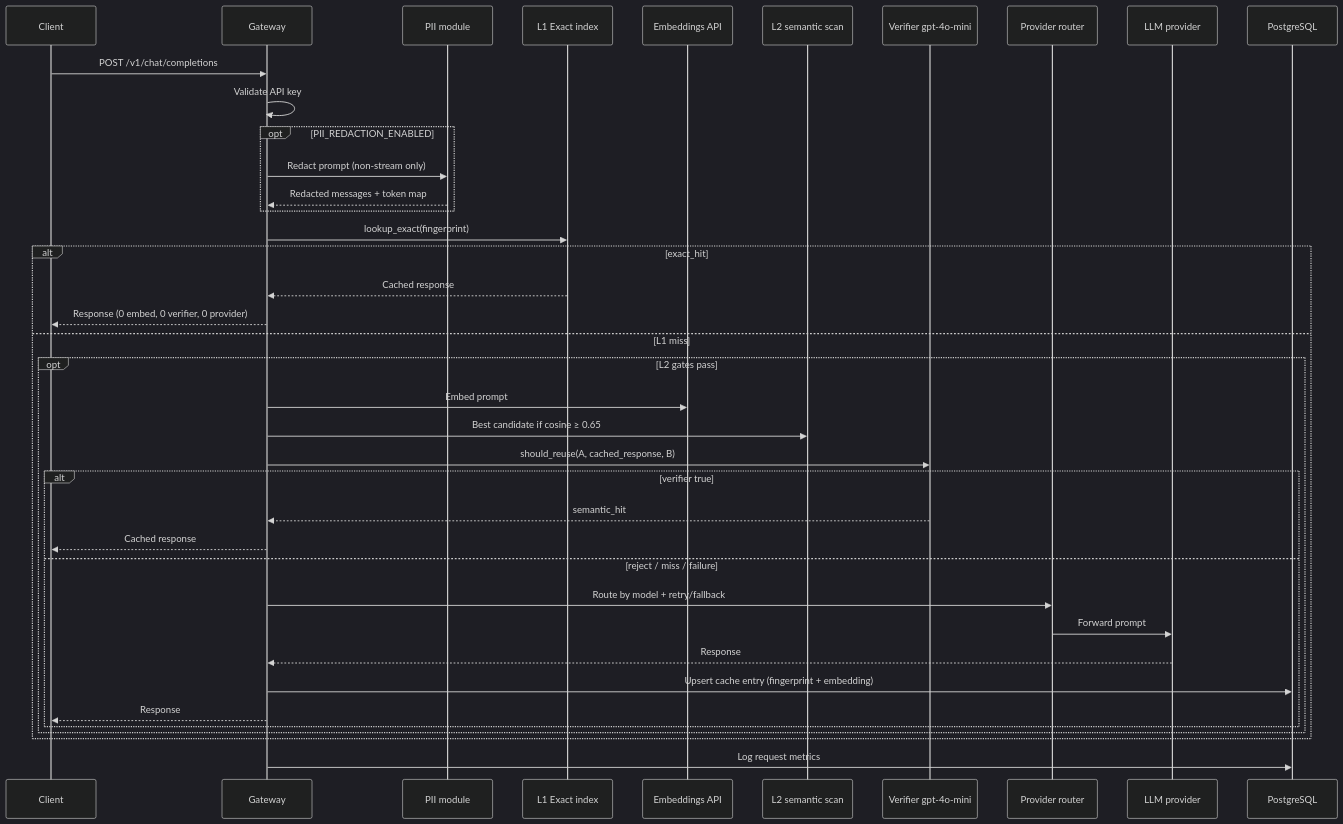
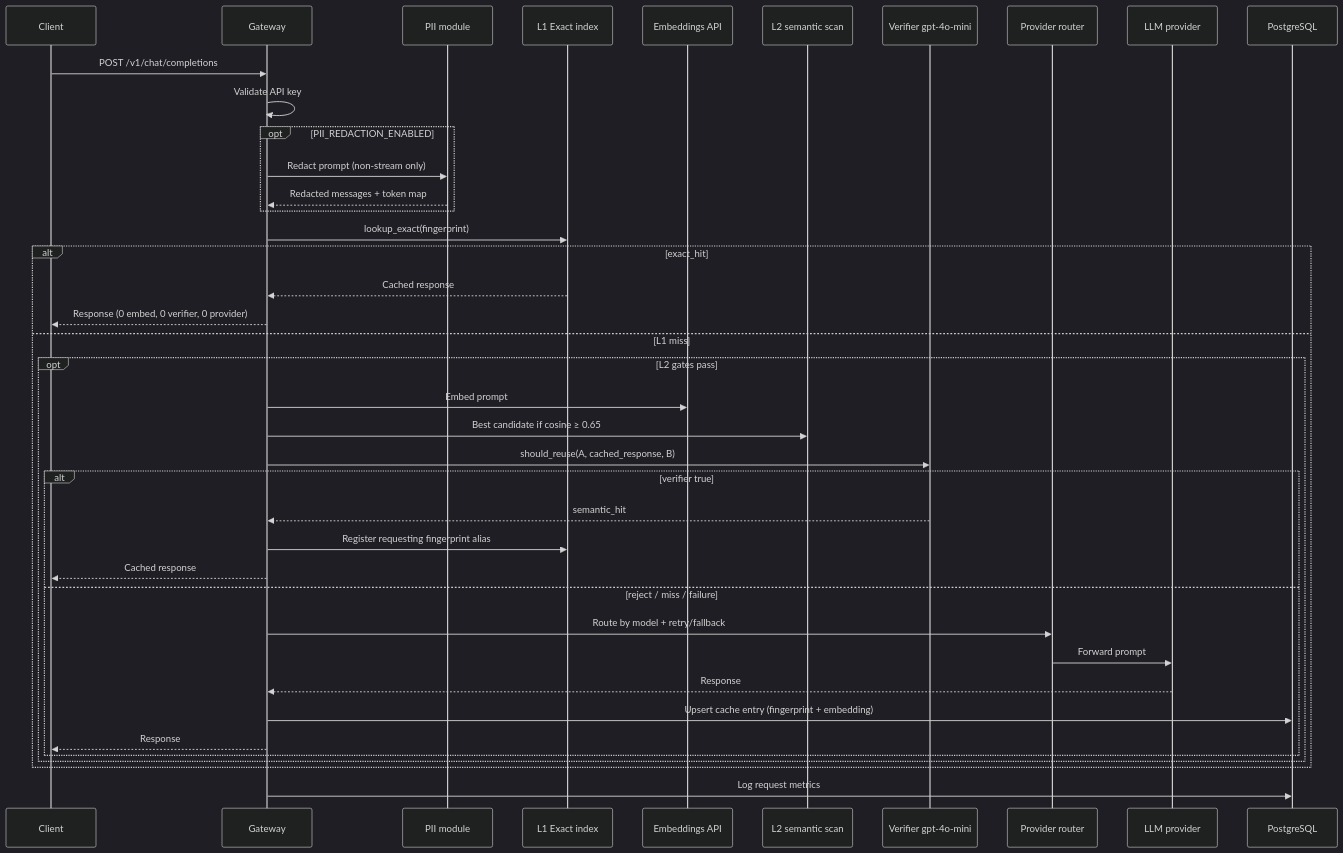
One commit to AseelHerzallah1/llm-gateway changed the third of 5 diagrams in docs/ARCHITECTURE.md. Above: the diagram before and after it, drawn with Mermaid (dark theme). The commit also changed other lines of this file and 14 other files, not shown here.

````diff
--- a/docs/ARCHITECTURE.md
+++ b/docs/ARCHITECTURE.md
@@ -39,42 +39,43 @@
 ```mermaid
 sequenceDiagram
     participant C as Client
     participant G as Gateway
     participant PII as PII module
     participant L1 as L1 Exact index
     participant E as Embeddings API
     participant L2 as L2 semantic scan
     participant V as Verifier gpt-4o-mini
     participant R as Provider router
     participant P as LLM provider
     participant DB as PostgreSQL
 
     C->>G: POST /v1/chat/completions
     G->>G: Validate API key
     opt PII_REDACTION_ENABLED
         G->>PII: Redact prompt (non-stream only)
         PII-->>G: Redacted messages + token map
     end
     G->>L1: lookup_exact(fingerprint)
     alt exact_hit
         L1-->>G: Cached response
         G-->>C: Response (0 embed, 0 verifier, 0 provider)
     else L1 miss
         opt L2 gates pass
             G->>E: Embed prompt
             G->>L2: Best candidate if cosine ≥ 0.65
             G->>V: should_reuse(A, cached_response, B)
             alt verifier true
                 V-->>G: semantic_hit
+                G->>L1: Register requesting fingerprint alias
                 G-->>C: Cached response
             else reject / miss / failure
                 G->>R: Route by model + retry/fallback
                 R->>P: Forward prompt
                 P-->>G: Response
                 G->>DB: Upsert cache entry (fingerprint + embedding)
                 G-->>C: Response
             end
         end
     end
     G->>DB: Log request metrics
 ```
````
